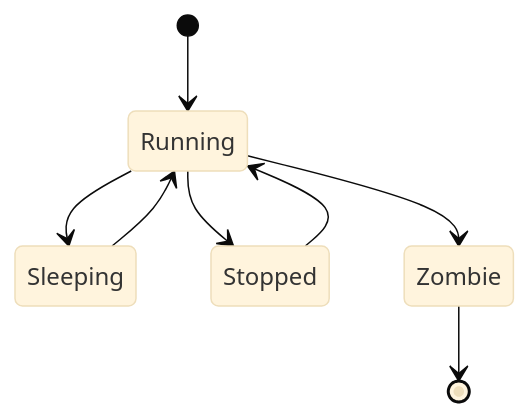
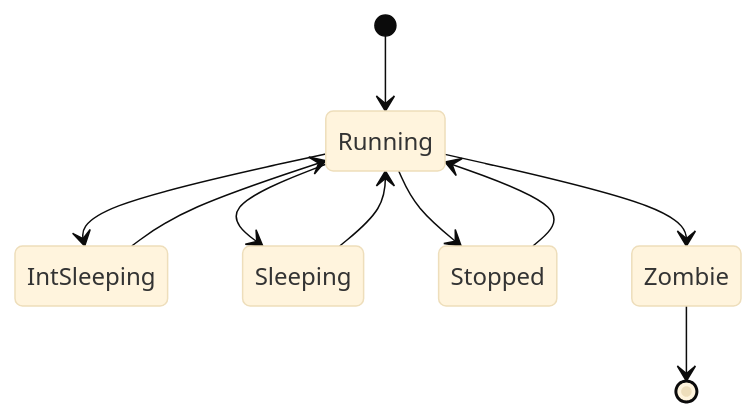
The diagram in doc/src/process.md (maestro-os/maestro), drawn with Mermaid (base theme) before and after one commit. The commit also changed other lines of this file and 14 other files, not shown here.

````diff
--- a/doc/src/process.md
+++ b/doc/src/process.md
@@ -20,13 +21,15 @@
 ```mermaid
 stateDiagram-v2
     [*] --> Running
 
+    Running --> IntSleeping
     Running --> Sleeping
     Running --> Stopped
     Running --> Zombie
 
+    IntSleeping --> Running
     Sleeping --> Running
     Stopped --> Running
 
     Zombie --> [*]
 ```
````
